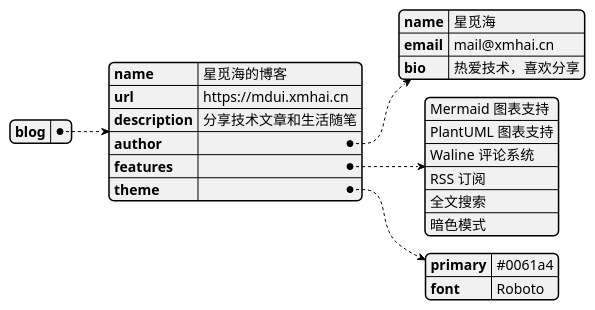
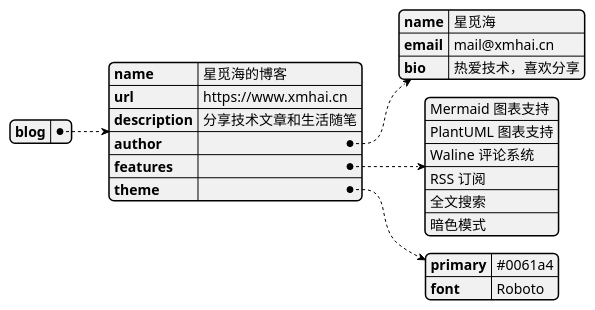
Before and after one commit to xingmihai/xmh-mdui: diagram 16 of 18 in posts/plantuml-showcase.md, drawn with PlantUML. The commit also changed other lines of this file and 7 other files, not shown here.

````diff
--- a/posts/plantuml-showcase.md
+++ b/posts/plantuml-showcase.md
@@ -580,22 +580,22 @@
 ```plantuml
 @startyaml
 blog:
   name: 星觅海的博客
-  url: https://mdui.xmhai.cn
+  url: https://www.xmhai.cn
   description: 分享技术文章和生活随笔
   author:
     name: 星觅海
     email: mail@xmhai.cn
     bio: 热爱技术，喜欢分享
   features:
     - Mermaid 图表支持
     - PlantUML 图表支持
     - Waline 评论系统
     - RSS 订阅
     - 全文搜索
     - 暗色模式
   theme:
     primary: "#0061a4"
     font: Roboto
 @endyaml
 ```
````
